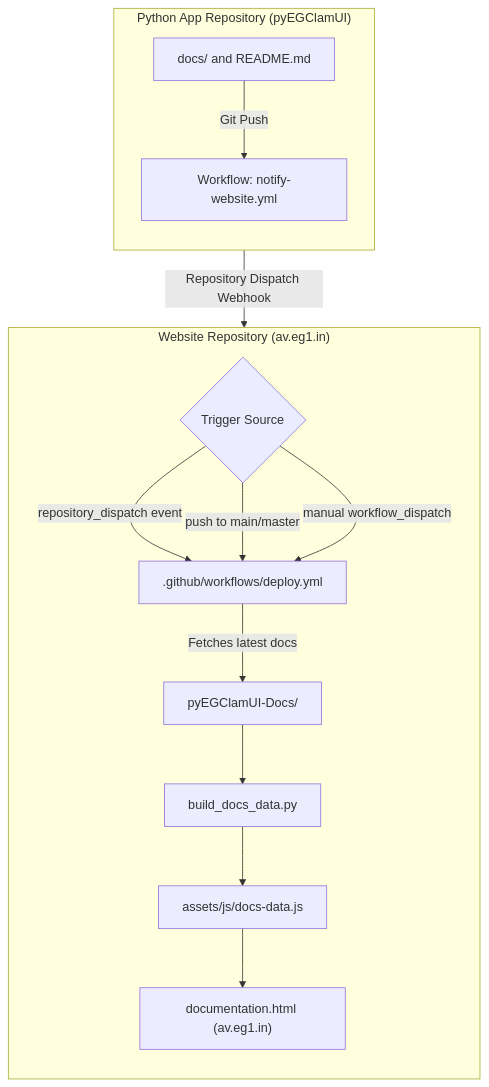
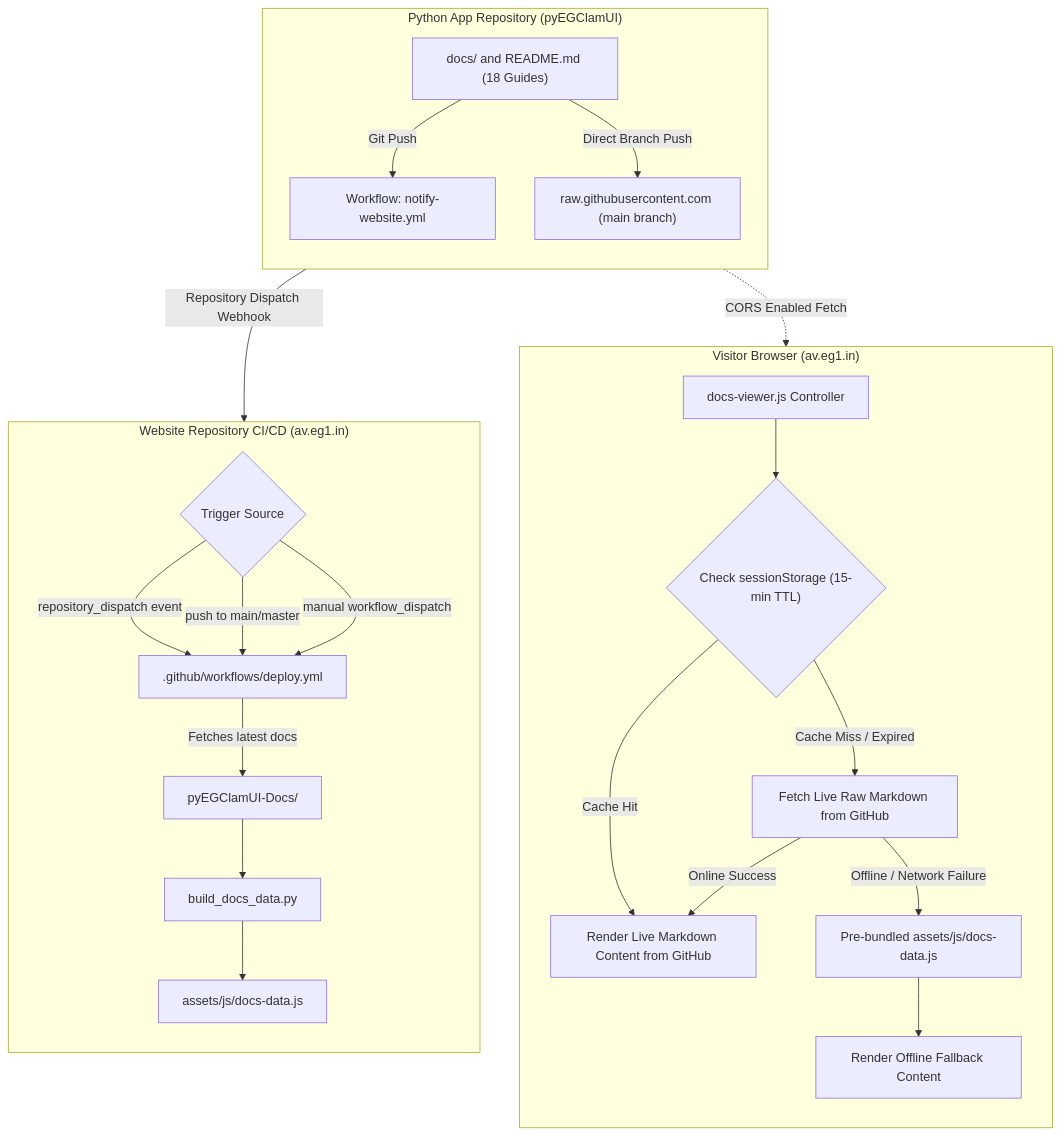
One commit to EG1DOTIN/av.eg1.in changed the diagram in docs/GITHUB_ACTIONS_DOCS_SYNC.md. Above: the diagram before and after it, drawn with Mermaid. The commit also changed other lines of this file and 24 other files, not shown here.

First line of the commit message:
feat(sync): implement automated GitHub releases and documentation sync engine

````diff
--- a/docs/GITHUB_ACTIONS_DOCS_SYNC.md
+++ b/docs/GITHUB_ACTIONS_DOCS_SYNC.md
@@ -13,30 +14,47 @@
 ```mermaid
 flowchart TD
     subgraph AppRepo["Python App Repository (pyEGClamUI)"]
         direction TB
-        AppDocs["docs/ and README.md"]
+        AppDocs["docs/ and README.md (18 Guides)"]
         AppTrigger["Workflow: notify-website.yml"]
+        RawEndpoint["raw.githubusercontent.com (main branch)"]
         AppDocs -->|"Git Push"| AppTrigger
+        AppDocs -->|"Direct Branch Push"| RawEndpoint
     end
 
-    subgraph WebRepo["Website Repository (av.eg1.in)"]
+    subgraph ClientBrowser["Visitor Browser (av.eg1.in)"]
+        direction TB
+        Viewer["docs-viewer.js Controller"]
+        SessionCache{"Check sessionStorage (15-min TTL)"}
+        LiveFetch["Fetch Live Raw Markdown from GitHub"]
+        FallbackStore["Pre-bundled assets/js/docs-data.js"]
+        
+        Viewer --> SessionCache
+        SessionCache -->|"Cache Miss / Expired"| LiveFetch
+        LiveFetch -->|"Online Success"| RenderLive["Render Live Markdown Content from GitHub"]
+        LiveFetch -->|"Offline / Network Failure"| FallbackStore
+        SessionCache -->|"Cache Hit"| RenderLive
+        FallbackStore --> RenderOffline["Render Offline Fallback Content"]
+    end
+
+    RawEndpoint -.->|"CORS Enabled Fetch"| LiveFetch
+
+    subgraph WebRepo["Website Repository CI/CD (av.eg1.in)"]
         direction TB
         DispatchEvent{"Trigger Source"}
         LocalDocs["pyEGClamUI-Docs/"]
         WebWorkflow[".github/workflows/deploy.yml"]
         Compiler["build_docs_data.py"]
         Store["assets/js/docs-data.js"]
-        LiveSite["documentation.html (av.eg1.in)"]
 
         DispatchEvent -->|"repository_dispatch event"| WebWorkflow
         DispatchEvent -->|"push to main/master"| WebWorkflow
         DispatchEvent -->|"manual workflow_dispatch"| WebWorkflow
 
         WebWorkflow -->|"Fetches latest docs"| LocalDocs
         LocalDocs --> Compiler
         Compiler --> Store
-        Store --> LiveSite
     end
 
     AppTrigger -->|"Repository Dispatch Webhook"| DispatchEvent
 ```
````
